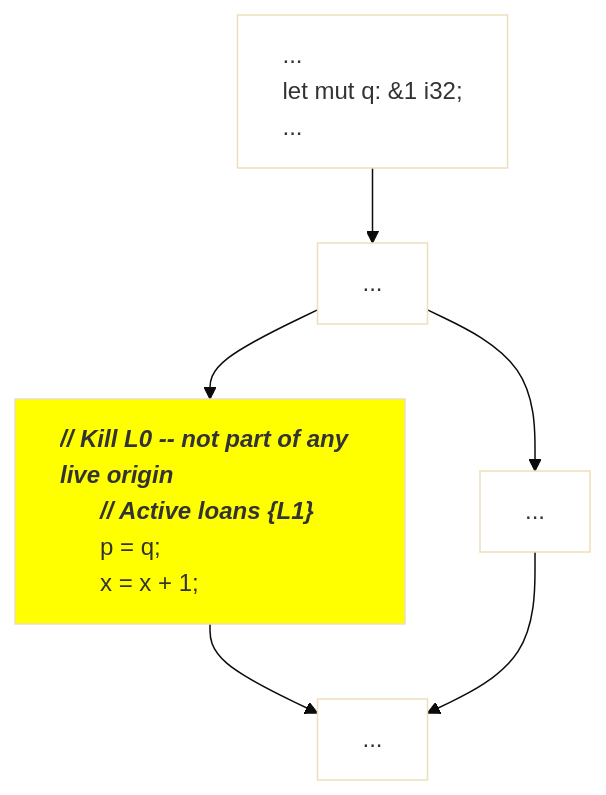
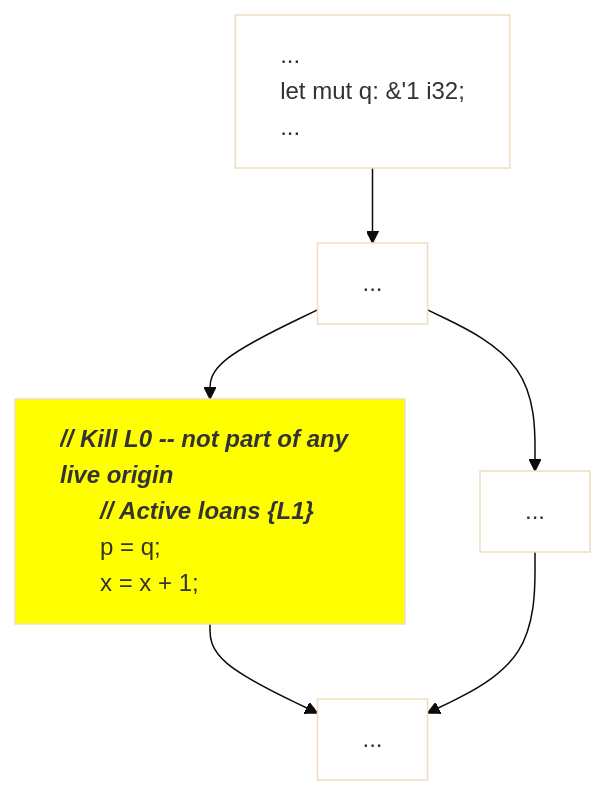
The fifth of 8 diagrams in content/blog/2023-09-22-polonius-part-1.markdown (nikomatsakis/babysteps), drawn with Mermaid (base theme) before and after one commit. The commit also changed other lines of this file, not shown here.

First line of the commit message:
clarify loans and reproduce subset graph

````diff
--- a/content/blog/2023-09-22-polonius-part-1.markdown
+++ b/content/blog/2023-09-22-polonius-part-1.markdown
@@ -238,27 +239,27 @@
 ```mermaid
 flowchart TD
   Start["
     ...
-    let mut q: &1 i32;
+    let mut q: &'1 i32;
     ...
   "]
   BB1["..."]
   BB2["
       <b><i>// Kill L0 -- not part of any live origin</i></b>
       <b><i>// Active loans {L1}</i></b>
       p = q;
       x = x + 1;
   "]
   BB3["..."]
   BB4["..."]
  
   Start --> BB1
   BB1 --> BB2
   BB1 --> BB3
   BB2 --> BB4
   BB3 --> BB4
  
   classDef default text-align:left,fill:#ffffff;
   classDef highlight text-align:left,fill:yellow;
   class BB2 highlight
 ```
````
